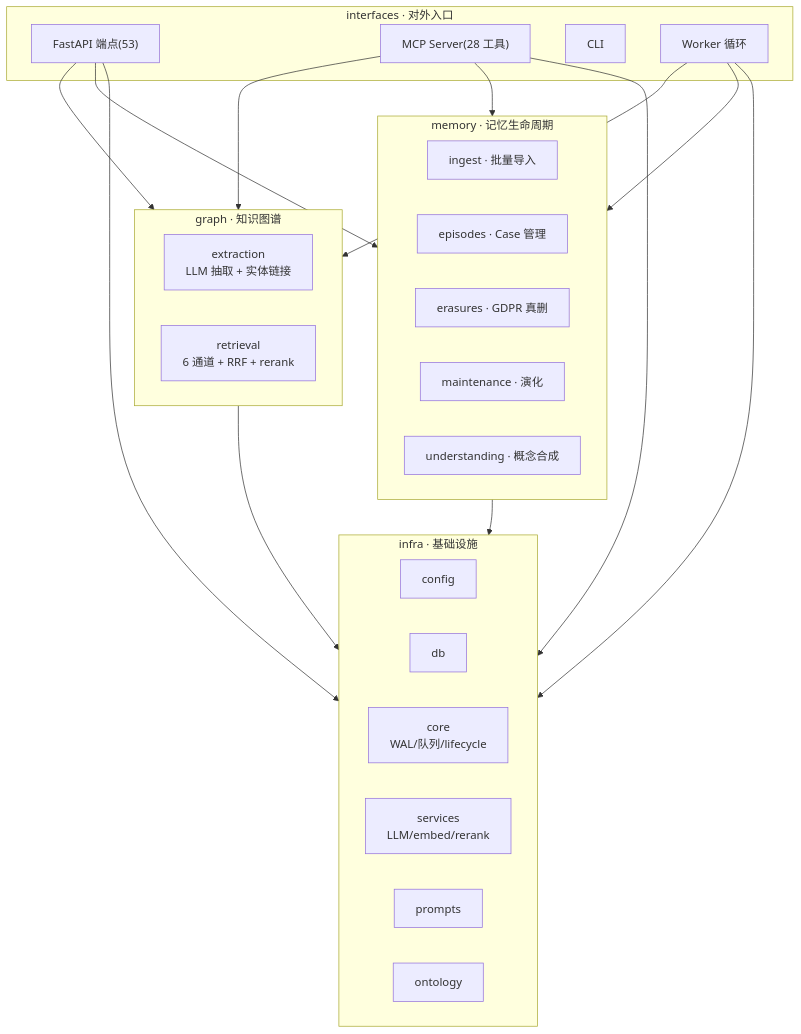
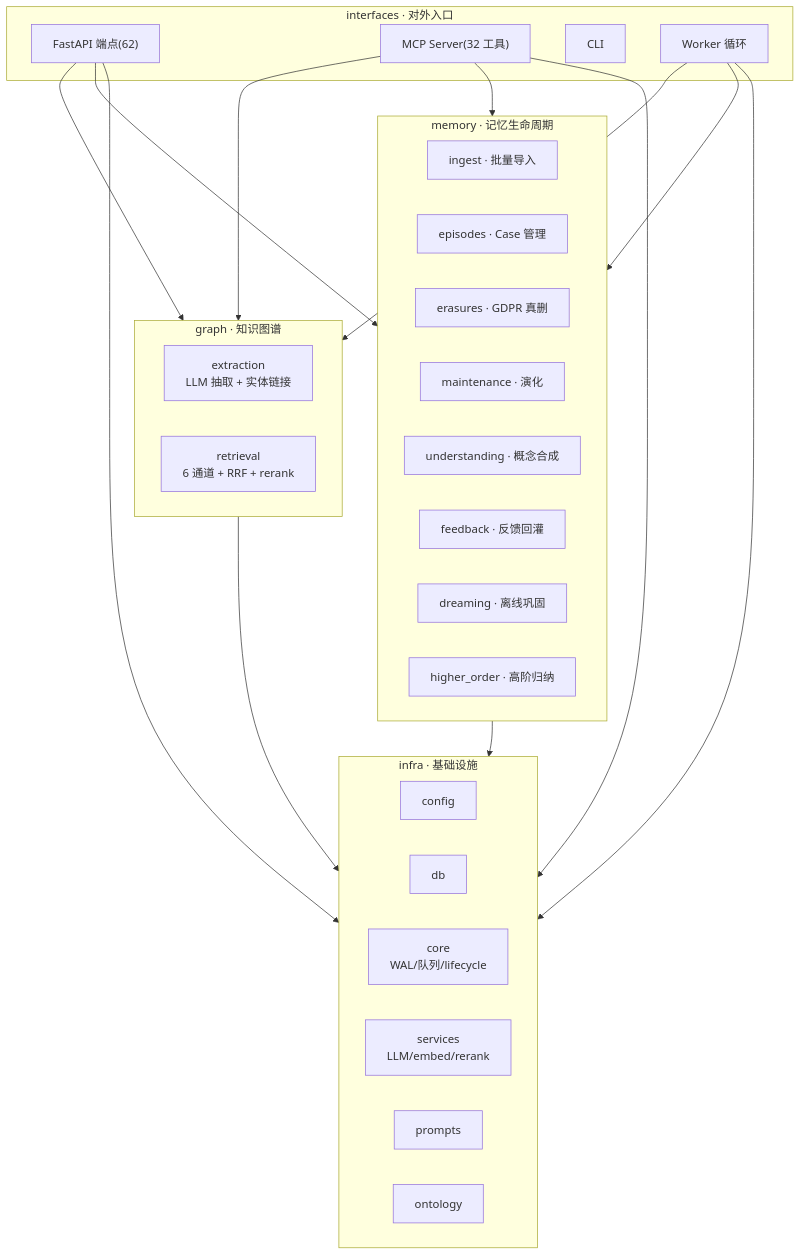
One commit to pty819/cortex-py-book changed the first of 10 diagrams in source/chapters/19-architecture-diagrams.md. Above: the diagram before and after it, drawn with Mermaid. The commit also changed other lines of this file and 24 other files, not shown here.

````diff
--- a/source/chapters/19-architecture-diagrams.md
+++ b/source/chapters/19-architecture-diagrams.md
@@ -25,40 +29,43 @@
 ```{mermaid}
 graph TB
     subgraph interfaces ["interfaces · 对外入口"]
-        API["FastAPI 端点(53)"]
-        MCP["MCP Server(28 工具)"]
+        API["FastAPI 端点(62)"]
+        MCP["MCP Server(32 工具)"]
         CLI["CLI"]
         WK["Worker 循环"]
     end
     subgraph graph_ ["graph · 知识图谱"]
         EXT["extraction<br/>LLM 抽取 + 实体链接"]
         RET["retrieval<br/>6 通道 + RRF + rerank"]
     end
     subgraph memory ["memory · 记忆生命周期"]
         INGEST["ingest · 批量导入"]
         EPI["episodes · Case 管理"]
         ERASE["erasures · GDPR 真删"]
         MAINT["maintenance · 演化"]
         UNDER["understanding · 概念合成"]
+        FB["feedback · 反馈回灌"]
+        DREAM["dreaming · 离线巩固"]
+        HO["higher_order · 高阶归纳"]
     end
     subgraph infra ["infra · 基础设施"]
         CFG["config"]
         DB["db"]
         CORE["core<br/>WAL/队列/lifecycle"]
         SVC["services<br/>LLM/embed/rerank"]
         PROMPT["prompts"]
         ONTO["ontology"]
     end
 
     API --> graph_
     API --> memory
     API --> infra
     MCP --> graph_
     MCP --> memory
     MCP --> infra
     WK --> graph_
     WK --> memory
     WK --> infra
     graph_ --> infra
     memory --> infra
 ```
````
